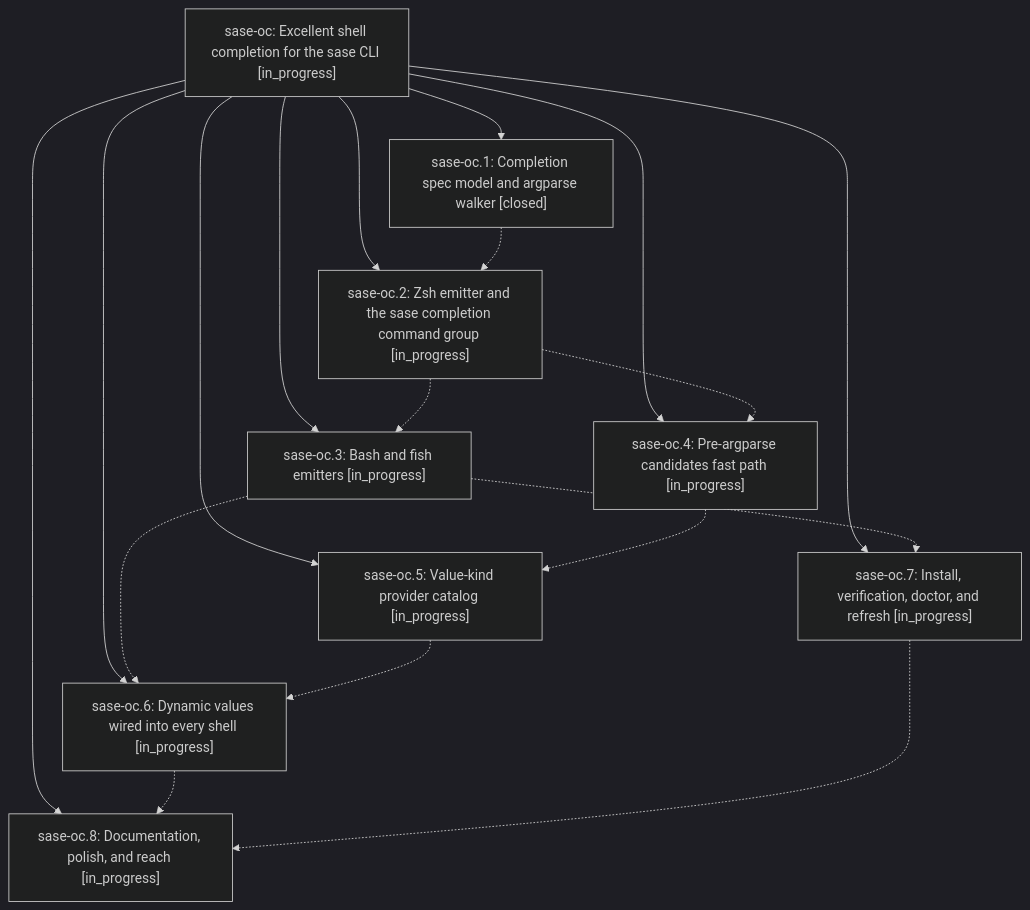
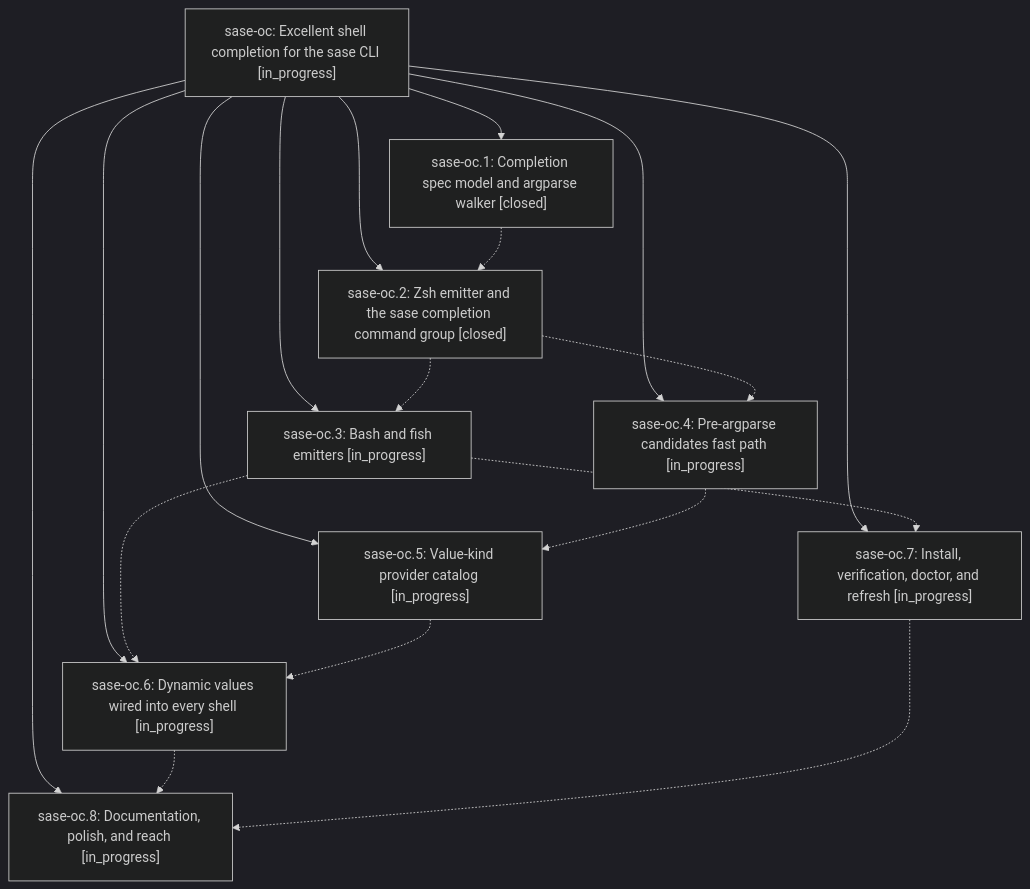
The diagram in pages/sase-oc/README.md (sase-org/sase--beads), drawn with Mermaid (dark theme) before and after one commit. The commit also changed other lines of this file and 4 other files, not shown here.

````diff
--- a/pages/sase-oc/README.md
+++ b/pages/sase-oc/README.md
@@ -29,29 +29,29 @@
 ```mermaid
 flowchart TD
     n0["sase-oc: Excellent shell completion for the sase CLI [in_progress]"]
     n1["sase-oc.1: Completion spec model and argparse walker [closed]"]
-    n2["sase-oc.2: Zsh emitter and the sase completion command group [in_progress]"]
+    n2["sase-oc.2: Zsh emitter and the sase completion command group [closed]"]
     n3["sase-oc.3: Bash and fish emitters [in_progress]"]
     n4["sase-oc.4: Pre-argparse candidates fast path [in_progress]"]
     n5["sase-oc.5: Value-kind provider catalog [in_progress]"]
     n6["sase-oc.6: Dynamic values wired into every shell [in_progress]"]
     n7["sase-oc.7: Install, verification, doctor, and refresh [in_progress]"]
     n8["sase-oc.8: Documentation, polish, and reach [in_progress]"]
     n0 --> n1
     n0 --> n2
     n0 --> n3
     n0 --> n4
     n0 --> n5
     n0 --> n6
     n0 --> n7
     n0 --> n8
     n1 -.-> n2
     n2 -.-> n3
     n2 -.-> n4
     n3 -.-> n6
     n3 -.-> n7
     n4 -.-> n5
     n5 -.-> n6
     n6 -.-> n8
     n7 -.-> n8
 ```
````
